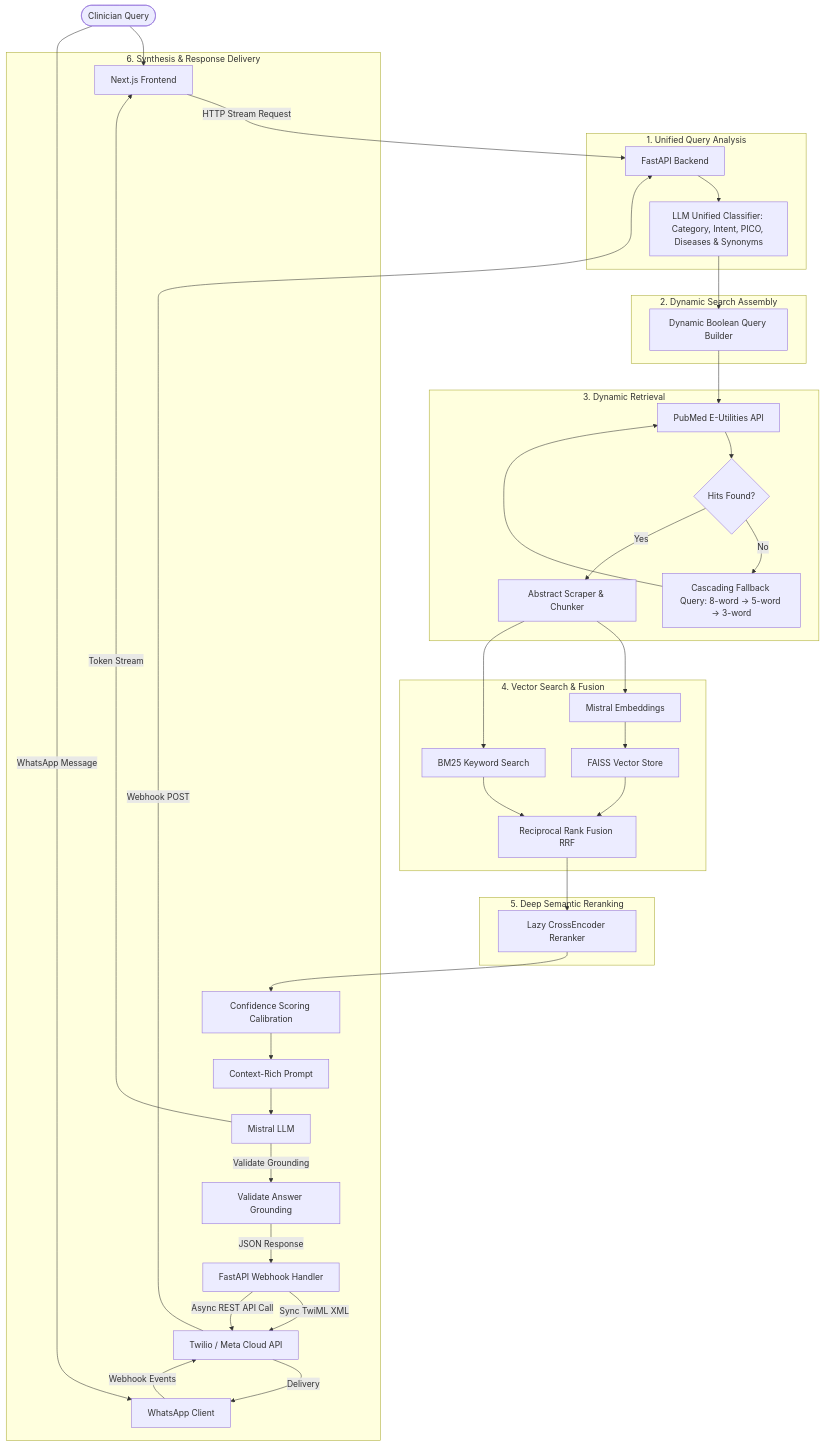
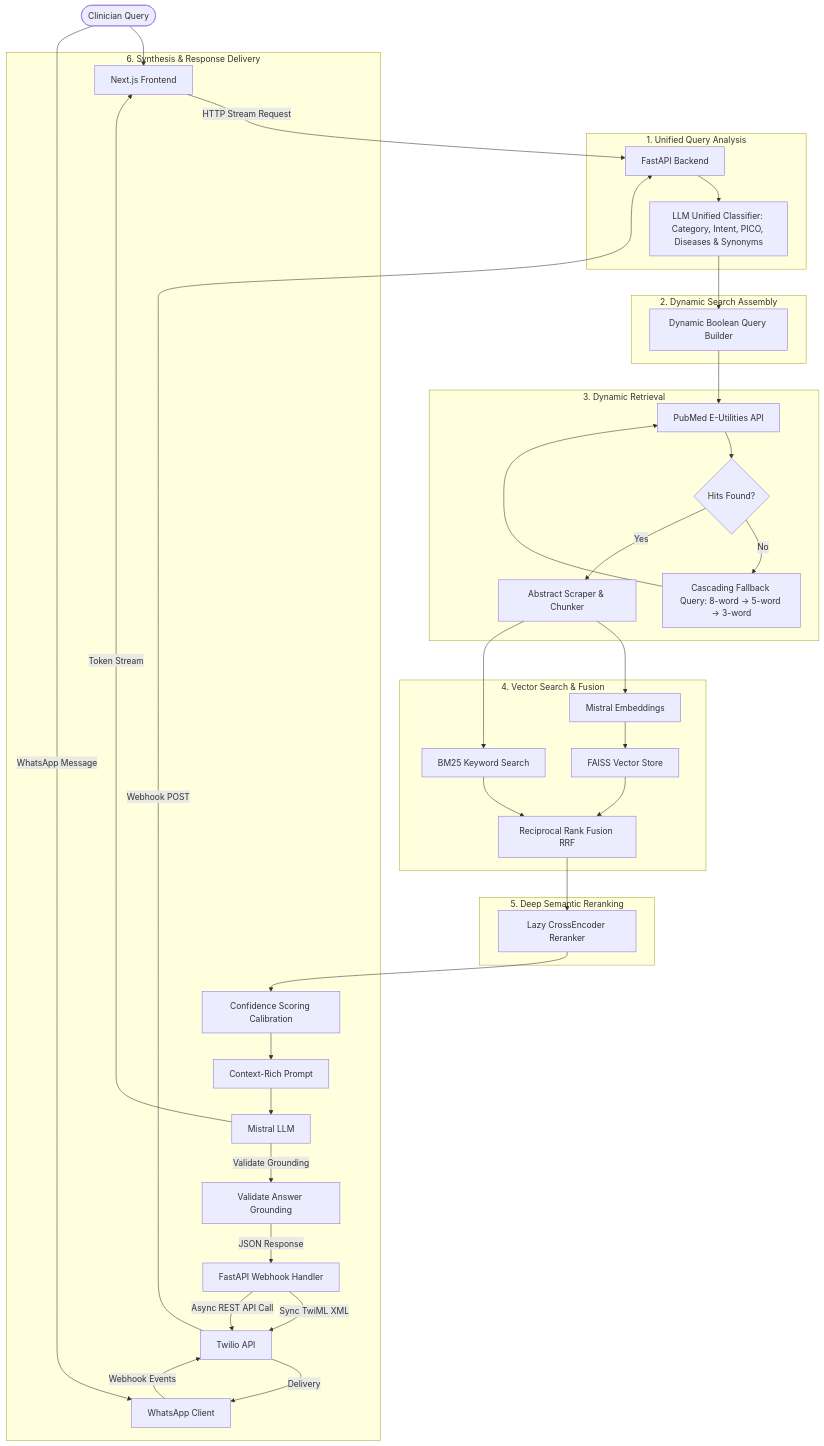
One commit to shashwat0010/rag-chatbot-updated changed the diagram in README.md. Above: the diagram before and after it, drawn with Mermaid. The commit also changed other lines of this file, not shown here.

Commit message:
Update README to focus only on Twilio for WhatsApp

````diff
--- a/README.md
+++ b/README.md
@@ -21,50 +21,50 @@
 ```mermaid
 flowchart TD
     User([Clinician Query]) --> UI[Next.js Frontend]
     User -->|WhatsApp Message| WA[WhatsApp Client]
     
     UI -->|HTTP Stream Request| API[FastAPI Backend]
-    WA -->|Webhook Events| Gateway[Twilio / Meta Cloud API]
+    WA -->|Webhook Events| Gateway[Twilio API]
     Gateway -->|Webhook POST| API
     
     subgraph "1. Unified Query Analysis"
         API --> Guard[LLM Unified Classifier: Category, Intent, PICO, Diseases & Synonyms]
     end
     
     subgraph "2. Dynamic Search Assembly"
         Guard --> Assembler[Dynamic Boolean Query Builder]
     end
     
     subgraph "3. Dynamic Retrieval"
         Assembler --> PubMed[PubMed E-Utilities API]
         PubMed --> Fallback{Hits Found?}
         Fallback -- No --> Cascade[Cascading Fallback Query: 8-word -> 5-word -> 3-word]
         Cascade --> PubMed
         Fallback -- Yes --> Scraper[Abstract Scraper & Chunker]
     end
     
     subgraph "4. Vector Search & Fusion"
         Scraper --> Embeddings[Mistral Embeddings]
         Embeddings --> FAISS[FAISS Vector Store]
         Scraper --> BM25[BM25 Keyword Search]
         FAISS & BM25 --> RRF[Reciprocal Rank Fusion RRF]
     end
     
     subgraph "5. Deep Semantic Reranking"
         RRF --> Reranker[Lazy CrossEncoder Reranker]
     end
     
     subgraph "6. Synthesis & Response Delivery"
         Reranker --> Calibration[Confidence Scoring Calibration]
         Calibration --> Prompt[Context-Rich Prompt]
         Prompt --> LLM[Mistral LLM]
         
         LLM -->|Token Stream| UI
         LLM -->|Validate Grounding| Grounding[Validate Answer Grounding]
         
         Grounding -->|JSON Response| WebhookResponder[FastAPI Webhook Handler]
         WebhookResponder -->|Sync TwiML XML| Gateway
         WebhookResponder -->|Async REST API Call| Gateway
         Gateway -->|Delivery| WA
     end
 ```
````
